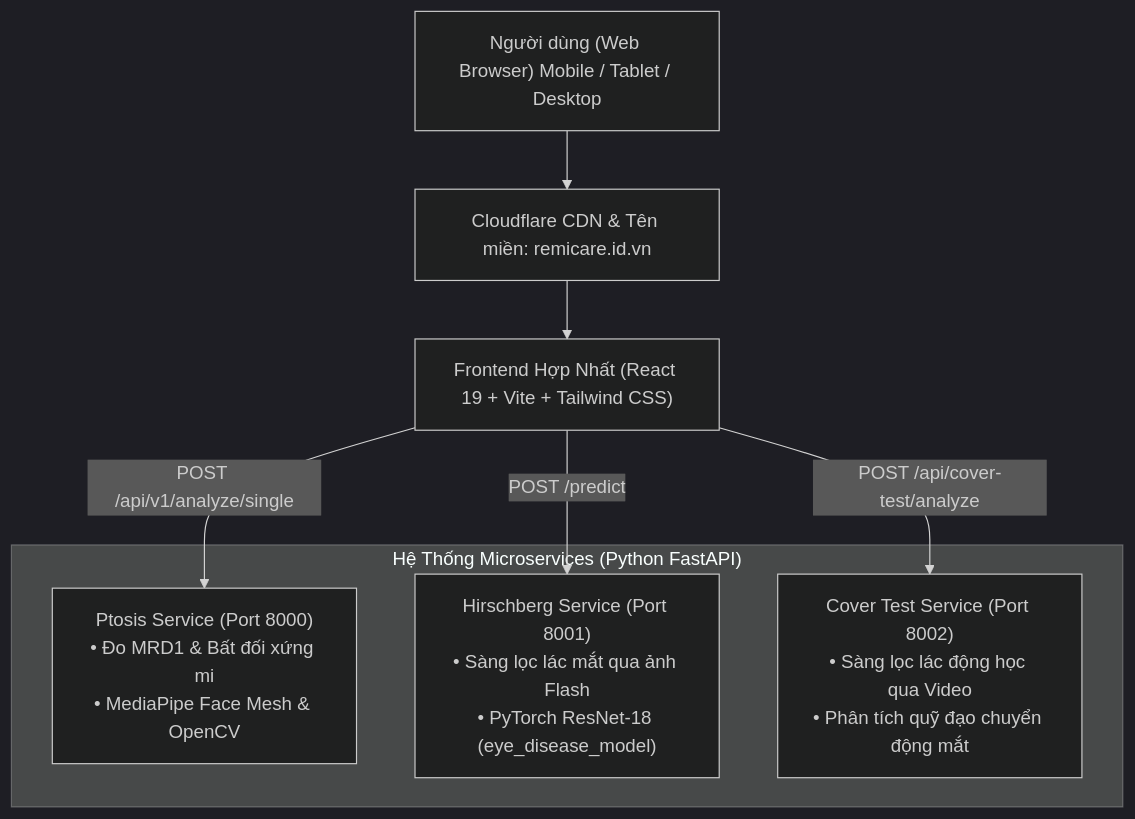
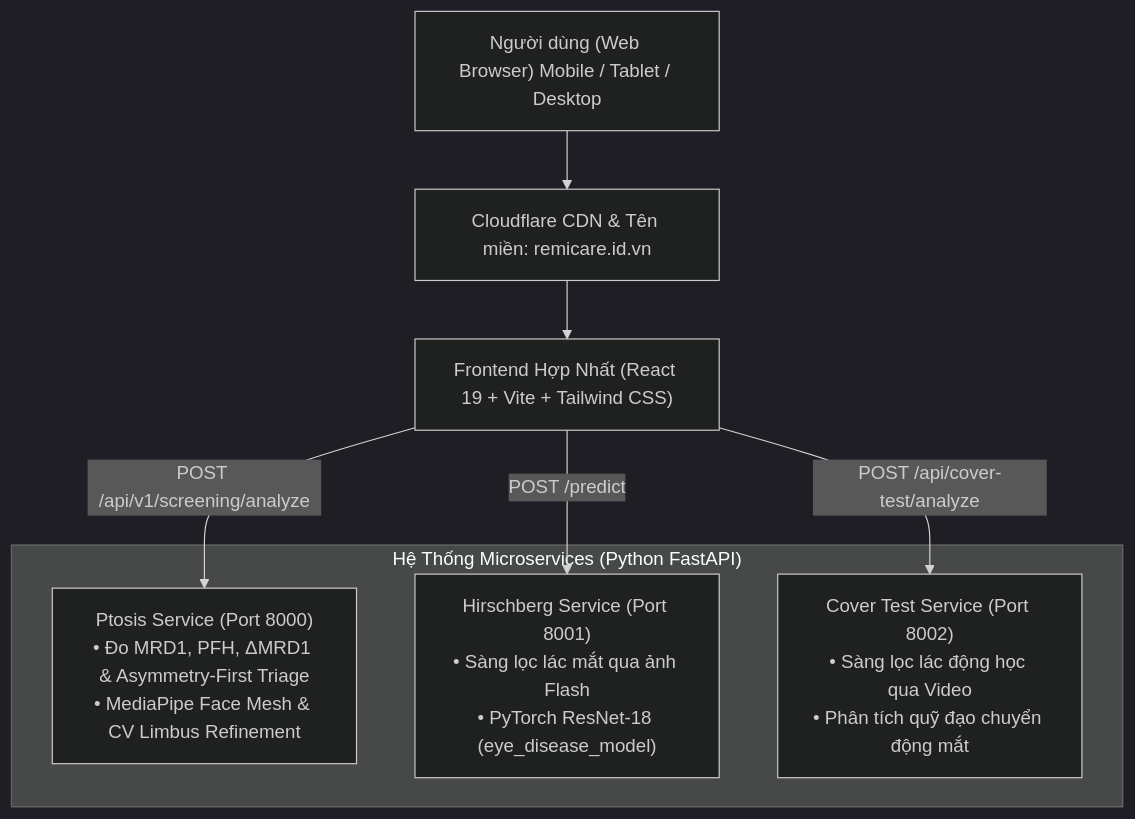
One commit to hoanghan-dev/ptosis-check-frontend changed the second of 3 diagrams in TAI_LIEU_KY_THUAT_v1.3.md. Above: the diagram before and after it, drawn with Mermaid (dark theme). The commit also changed other lines of this file and 1 other file, not shown here.

````diff
--- a/TAI_LIEU_KY_THUAT_v1.3.md
+++ b/TAI_LIEU_KY_THUAT_v1.3.md
@@ -92,18 +114,18 @@
 ```mermaid
 graph TD
     Client["Người dùng (Web Browser) Mobile / Tablet / Desktop"]
     CDN["Cloudflare CDN & Tên miền: remicare.id.vn"]
     FE["Frontend Hợp Nhất (React 19 + Vite + Tailwind CSS)"]
 
     subgraph Backend_Services["Hệ Thống Microservices (Python FastAPI)"]
-        BE_Ptosis["Ptosis Service (Port 8000)<br>• Đo MRD1 & Bất đối xứng mi<br>• MediaPipe Face Mesh & OpenCV"]
+        BE_Ptosis["Ptosis Service (Port 8000)<br>• Đo MRD1, PFH, ΔMRD1 & Asymmetry-First Triage<br>• MediaPipe Face Mesh & CV Limbus Refinement"]
         BE_Hirschberg["Hirschberg Service (Port 8001)<br>• Sàng lọc lác mắt qua ảnh Flash<br>• PyTorch ResNet-18 (eye_disease_model)"]
         BE_CoverTest["Cover Test Service (Port 8002)<br>• Sàng lọc lác động học qua Video<br>• Phân tích quỹ đạo chuyển động mắt"]
     end
 
     Client --> CDN
     CDN --> FE
-    FE -->|"POST /api/v1/analyze/single"| BE_Ptosis
+    FE -->|"POST /api/v1/screening/analyze"| BE_Ptosis
     FE -->|"POST /predict"| BE_Hirschberg
     FE -->|"POST /api/cover-test/analyze"| BE_CoverTest
 ```
````
